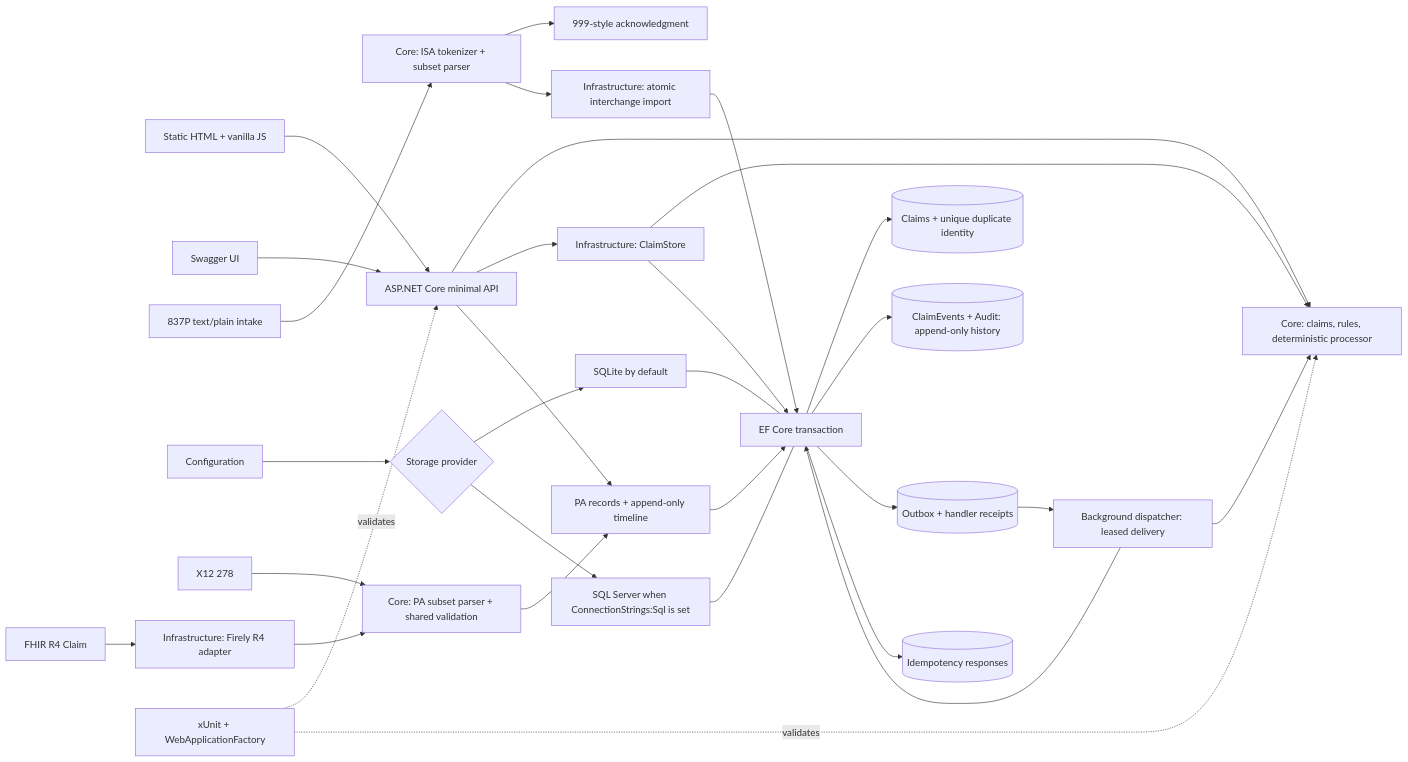
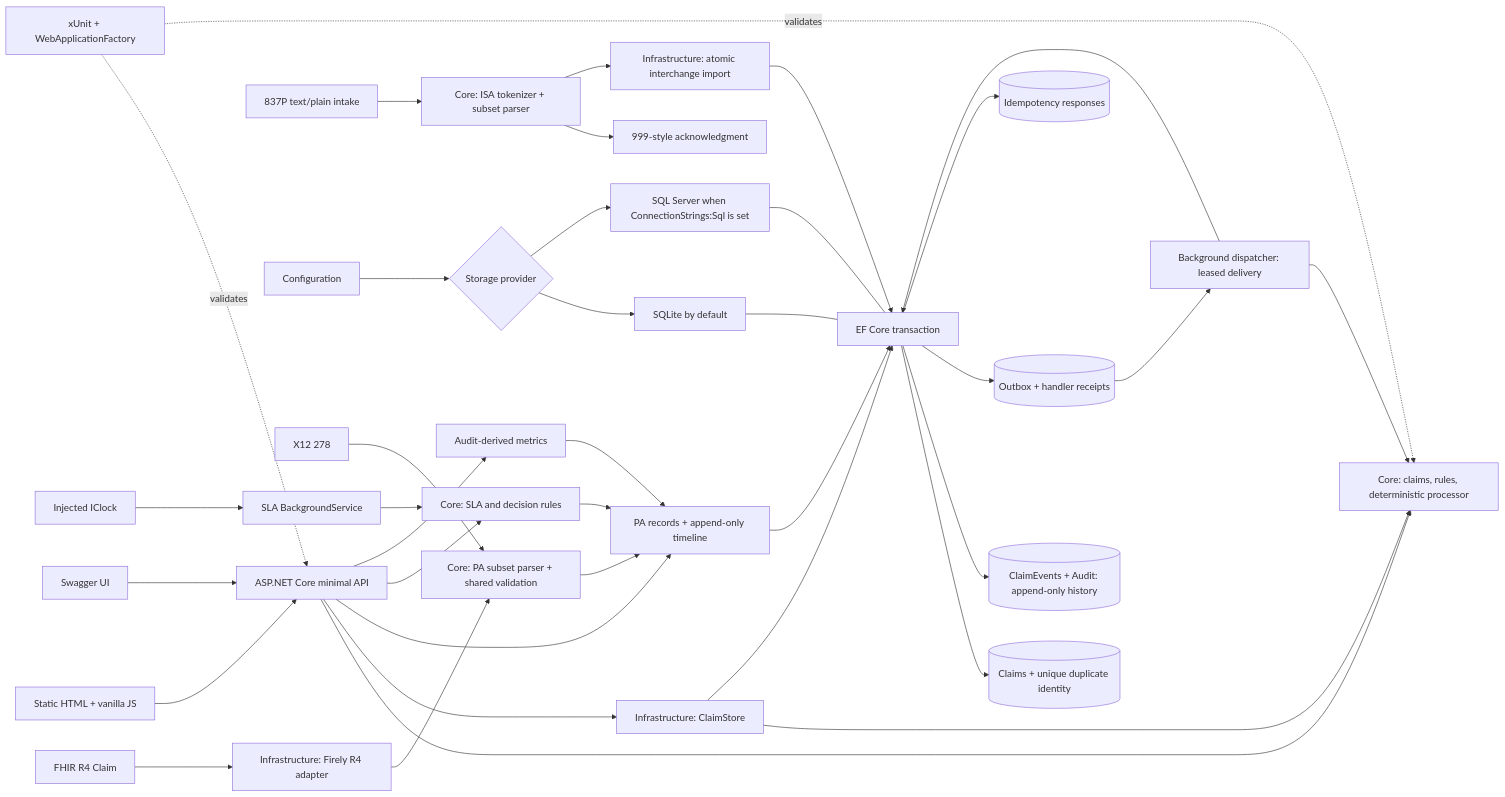
One commit to Abhyudaya01/medibridge changed the diagram in README.md. Above: the diagram before and after it, drawn with Mermaid. The commit also changed other lines of this file and 33 other files, not shown here.

First line of the commit message:
Add prior authorization decisions and SLA monitoring (#5)

````diff
--- a/README.md
+++ b/README.md
@@ -61,33 +63,39 @@
 ```mermaid
 flowchart LR
     Browser[Static HTML + vanilla JS] --> API[ASP.NET Core minimal API]
     Swagger[Swagger UI] --> API
     X12[837P text/plain intake] --> Parser[Core: ISA tokenizer + subset parser]
     Parser --> Ack[999-style acknowledgment]
     Parser --> Batch[Infrastructure: atomic interchange import]
     Batch --> EF
     API --> Core[Core: claims, rules, deterministic processor]
     API --> Store[Infrastructure: ClaimStore]
     Store --> Core
     Store --> EF[EF Core transaction]
     EF --> Claims[(Claims + unique duplicate identity)]
     EF --> Events[(ClaimEvents + Audit: append-only history)]
     EF --> Outbox[(Outbox + handler receipts)]
     EF --> Keys[(Idempotency responses)]
     Outbox --> Worker[Background dispatcher: leased delivery]
     Worker --> Core
     Worker --> EF
     Config[Configuration] --> Provider{Storage provider}
     Provider --> SQLite[SQLite by default]
     Provider --> SQL[SQL Server when ConnectionStrings:Sql is set]
     SQLite --- EF
     SQL --- EF
     PA278[X12 278] --> PAMap[Core: PA subset parser + shared validation]
     FHIR[FHIR R4 Claim] --> Firely[Infrastructure: Firely R4 adapter]
     Firely --> PAMap
     PAMap --> PAStore[PA records + append-only timeline]
     API --> PAStore
     PAStore --> EF
+    Clock[Injected IClock] --> SLA[SLA BackgroundService]
+    SLA --> Decisions[Core: SLA and decision rules]
+    API --> Decisions
+    Decisions --> PAStore
+    Reports[Audit-derived metrics] --> PAStore
+    API --> Reports
     Tests[xUnit + WebApplicationFactory] -. validates .-> API
     Tests -. validates .-> Core
 ```
````
